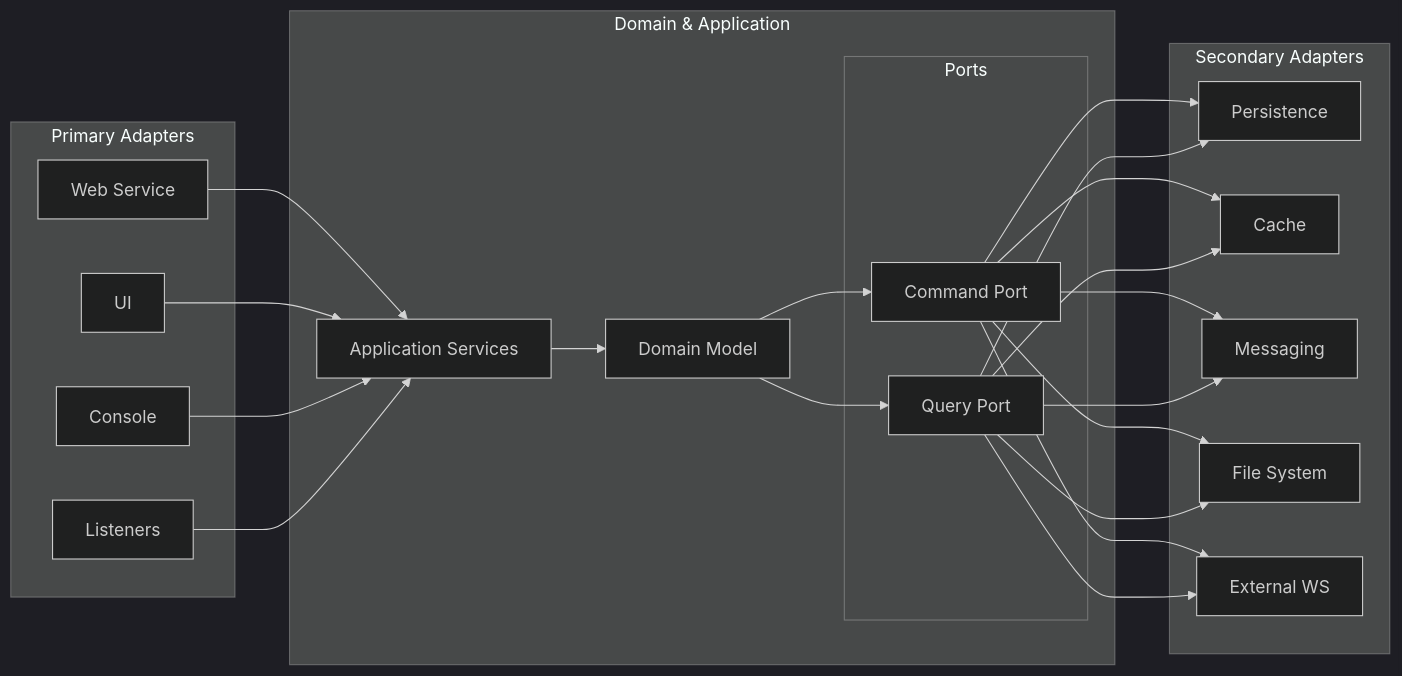
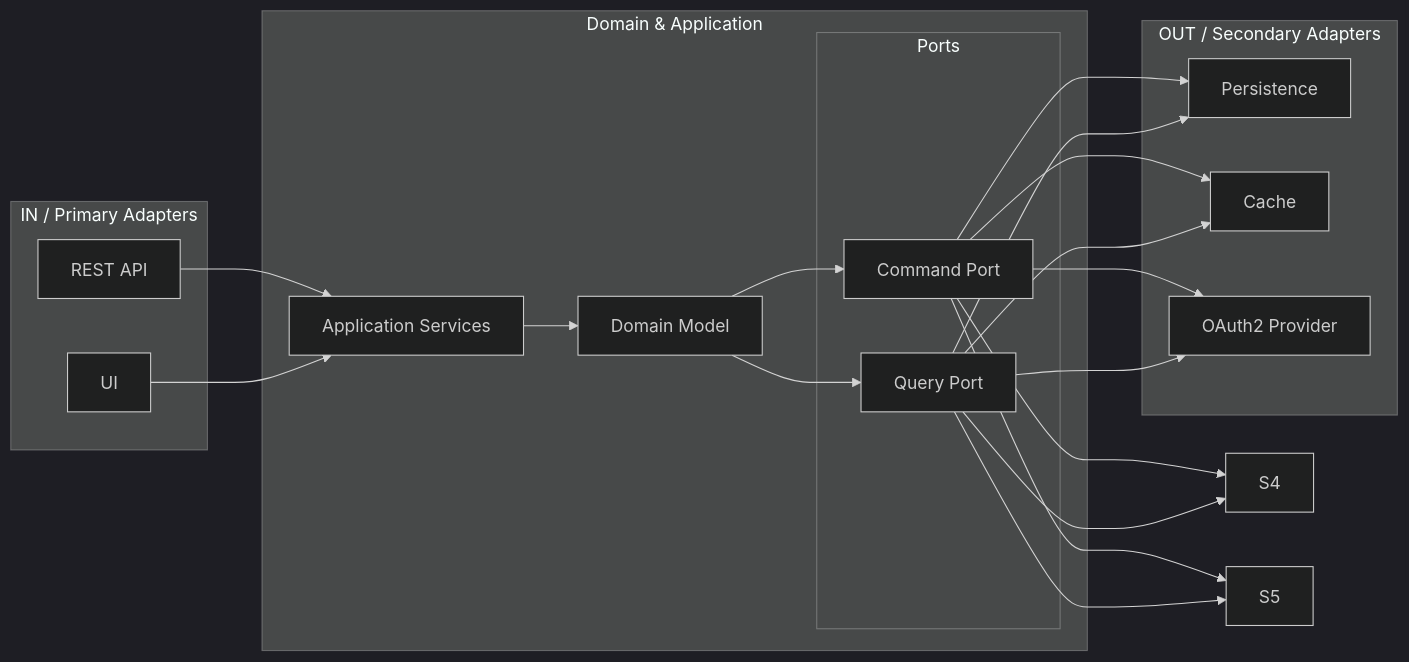
One commit to jonelleamio/buoyancy-operated-aquatic-transport-society changed the second of 2 diagrams in README.md. Above: the diagram before and after it, drawn with Mermaid (dark theme). The commit also changed other lines of this file, not shown here.

Commit message:
docs: Update README to reflect architecture changes and checklist items

````diff
--- a/README.md
+++ b/README.md
@@ -85,31 +86,27 @@
 ```mermaid
 flowchart LR
-    subgraph Primary Adapters
-      A1["Web Service"]
+    subgraph IN / Primary Adapters
+      A1["REST API"]
       A2["UI"]
-      A3["Console"]
-      A4["Listeners"]
     end
 
     subgraph Hexagon [Domain & Application]
       subgraph Ports
         P1["Command Port"]
         P2["Query Port"]
       end
       DM["Domain Model"]
       ASvc["Application Services"]
     end
 
-    subgraph Secondary Adapters
+    subgraph OUT / Secondary Adapters
       S1["Persistence"]
       S2["Cache"]
-      S3["Messaging"]
-      S4["File System"]
-      S5["External WS"]
+      S3["OAuth2 Provider"]
     end
 
-    A1 & A2 & A3 & A4 --> ASvc
+    A1 & A2 --> ASvc
     ASvc --> DM
     DM --> P1 & P2
     P1 & P2 --> S1 & S2 & S3 & S4 & S5
 ```
````
